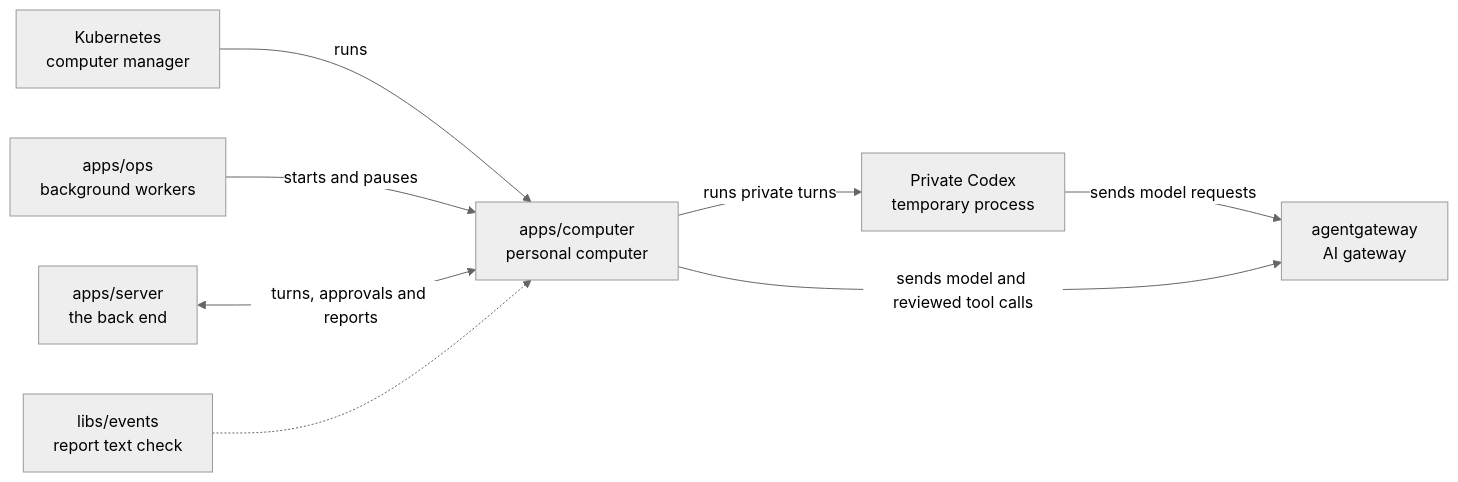
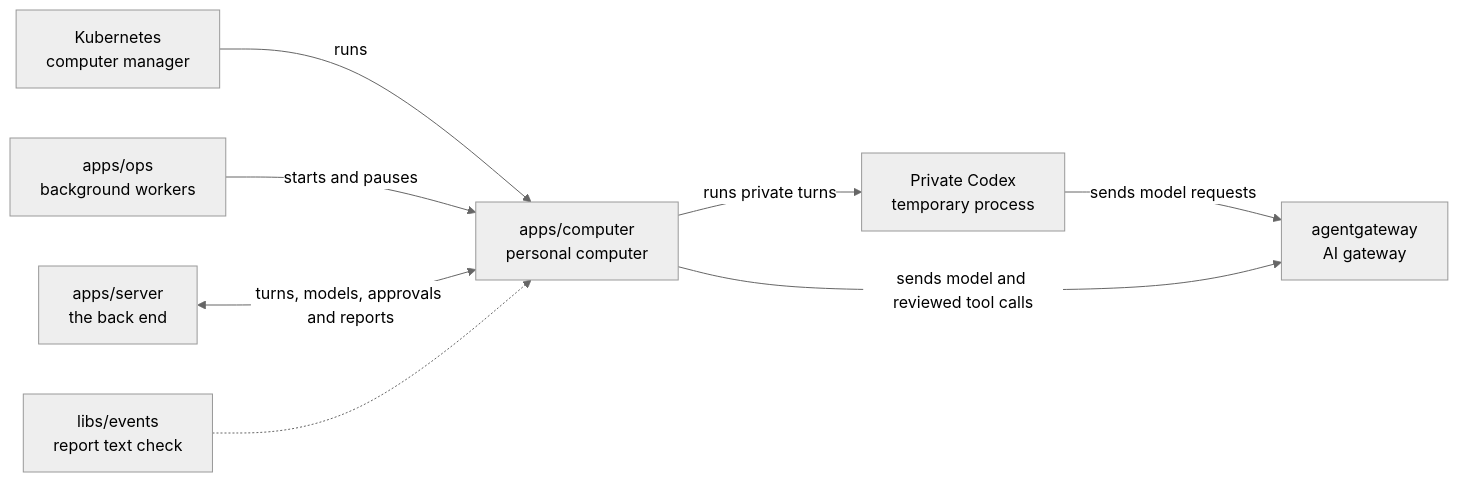
The diagram in apps/computer/README.md (elewa-git/opencrane-new), drawn with Mermaid (neutral theme) before and after one commit. The commit also changed other lines of this file and 8 other files, not shown here.

````diff
--- a/apps/computer/README.md
+++ b/apps/computer/README.md
@@ -15,10 +15,10 @@
 ```mermaid
 flowchart LR
   kube["Kubernetes<br/>computer manager"] -->|runs| computer["apps/computer<br/>personal computer"]
   ops["apps/ops<br/>background workers"] -->|starts and pauses| computer
-  server["apps/server<br/>the back end"] <-->|turns, approvals and reports| computer
+  server["apps/server<br/>the back end"] <-->|turns, models, approvals and reports| computer
   events["libs/events<br/>report text check"] -.-> computer
   computer -->|runs private turns| private["Private Codex<br/>temporary process"]
   private -->|sends model requests| gateway
   computer -->|sends model and reviewed tool calls| gateway["agentgateway<br/>AI gateway"]
 ```
````
